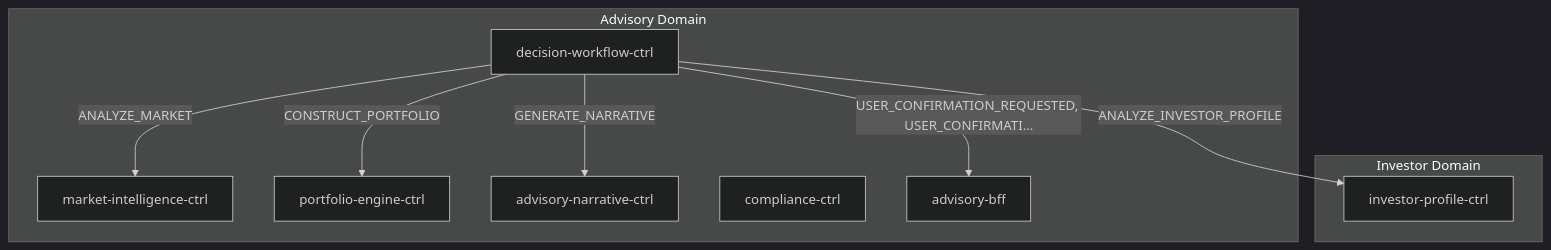
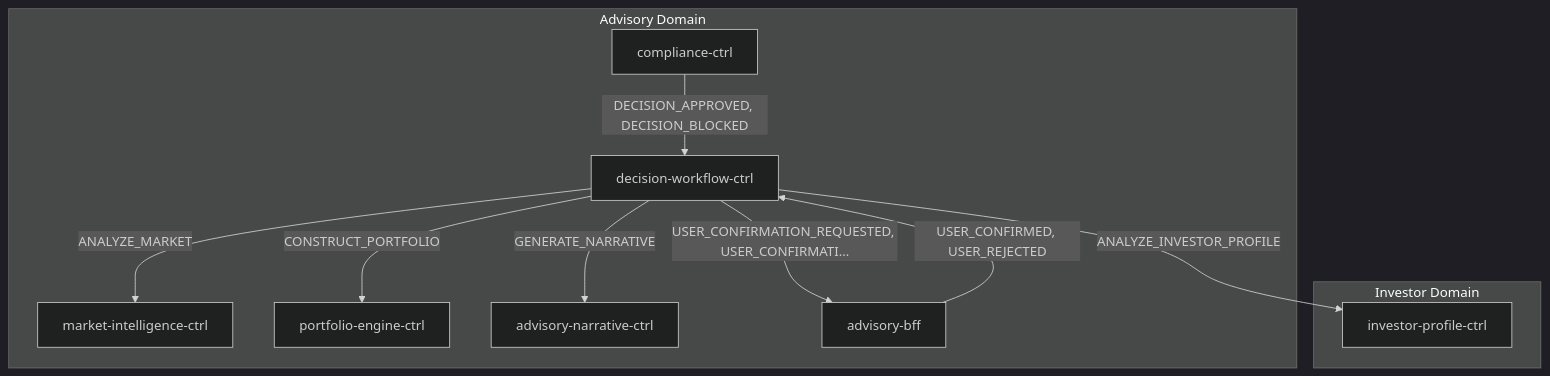
Before and after one commit to fabio-vitali/nestfolio: the first of 2 diagrams in docs/data-flows/advisory-cycle.md, drawn with Mermaid (dark theme). The commit also changed other lines of this file and 40 other files, not shown here.

````diff
--- a/docs/data-flows/advisory-cycle.md
+++ b/docs/data-flows/advisory-cycle.md
@@ -11,19 +11,21 @@
 ```mermaid
 flowchart TD
     subgraph advisory["Advisory Domain"]
         decision_workflow_ctrl["decision-workflow-ctrl"]
         market_intelligence_ctrl["market-intelligence-ctrl"]
         portfolio_engine_ctrl["portfolio-engine-ctrl"]
         advisory_narrative_ctrl["advisory-narrative-ctrl"]
         compliance_ctrl["compliance-ctrl"]
         advisory_bff["advisory-bff"]
     end
     subgraph investor["Investor Domain"]
         investor_profile_ctrl["investor-profile-ctrl"]
     end
     decision_workflow_ctrl -->|"ANALYZE_INVESTOR_PROFILE"| investor_profile_ctrl
     decision_workflow_ctrl -->|"ANALYZE_MARKET"| market_intelligence_ctrl
     decision_workflow_ctrl -->|"CONSTRUCT_PORTFOLIO"| portfolio_engine_ctrl
     decision_workflow_ctrl -->|"GENERATE_NARRATIVE"| advisory_narrative_ctrl
+    compliance_ctrl -->|"DECISION_APPROVED, DECISION_BLOCKED"| decision_workflow_ctrl
     decision_workflow_ctrl -->|"USER_CONFIRMATION_REQUESTED, USER_CONFIRMATI…"| advisory_bff
+    advisory_bff -->|"USER_CONFIRMED, USER_REJECTED"| decision_workflow_ctrl
 ```
````
